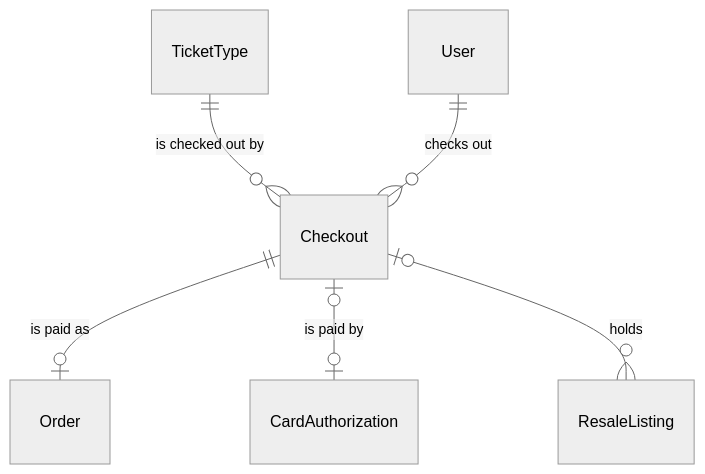
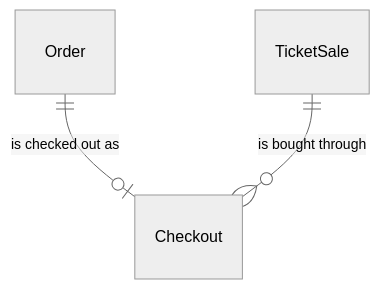
Before and after one commit to liverty-music/specification: the first of 2 diagrams in openspec/specs/components/entity/checkout/spec.md, drawn with Mermaid (neutral theme). The commit also changed other lines of this file and 18 other files, not shown here.

````diff
--- a/openspec/specs/components/entity/checkout/spec.md
+++ b/openspec/specs/components/entity/checkout/spec.md
@@ -21,8 +18,5 @@
 ```mermaid
 erDiagram
-  TicketType ||--o{ Checkout : "is checked out by"
-  User ||--o{ Checkout : "checks out"
-  Checkout ||--o| Order : "is paid as"
-  Checkout |o--o| CardAuthorization : "is paid by"
-  Checkout |o--o{ ResaleListing : "holds"
+  Order ||--o| Checkout : "is checked out as"
+  TicketSale ||--o{ Checkout : "is bought through"
 ```
````
